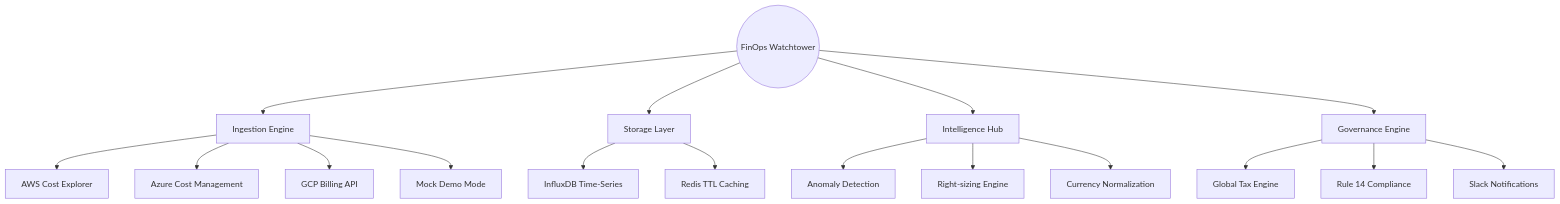
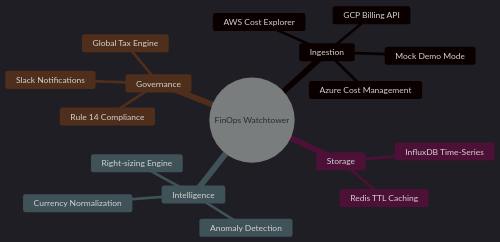
One commit to surya-edict/MultiCloud-Watchtower changed the first of 4 diagrams in README.md. Above: the diagram before and after it, drawn with Mermaid.

Commit message:
docs: restore mindmap with dark theme init to fix box color issue

````diff
--- a/README.md
+++ b/README.md
@@ -32,30 +32,21 @@
 ```mermaid
-graph TD
-    Root((FinOps Watchtower))
-    
-    Ingestion[Ingestion Engine]
-    Storage[Storage Layer]
-    Intelligence[Intelligence Hub]
-    Governance[Governance Engine]
-    
-    Root --> Ingestion
-    Root --> Storage
-    Root --> Intelligence
-    Root --> Governance
-    
-    Ingestion --> AWS[AWS Cost Explorer]
-    Ingestion --> Azure[Azure Cost Management]
-    Ingestion --> GCP[GCP Billing API]
-    Ingestion --> Mock[Mock Demo Mode]
-    
-    Storage --> Influx[InfluxDB Time-Series]
-    Storage --> Redis[Redis TTL Caching]
-    
-    Intelligence --> Anomaly[Anomaly Detection]
-    Intelligence --> RightSize[Right-sizing Engine]
-    Intelligence --> Currency[Currency Normalization]
-    
-    Governance --> Tax[Global Tax Engine]
-    Governance --> Compliance[Rule 14 Compliance]
-    Governance --> Slack[Slack Notifications]
+%%{init: { 'theme': 'dark' } }%%
+mindmap
+  root((FinOps Watchtower))
+    Ingestion
+      AWS Cost Explorer
+      Azure Cost Management
+      GCP Billing API
+      Mock Demo Mode
+    Storage
+      InfluxDB Time-Series
+      Redis TTL Caching
+    Intelligence
+      Anomaly Detection
+      Right-sizing Engine
+      Currency Normalization
+    Governance
+      Global Tax Engine
+      Rule 14 Compliance
+      Slack Notifications
 ```
````
